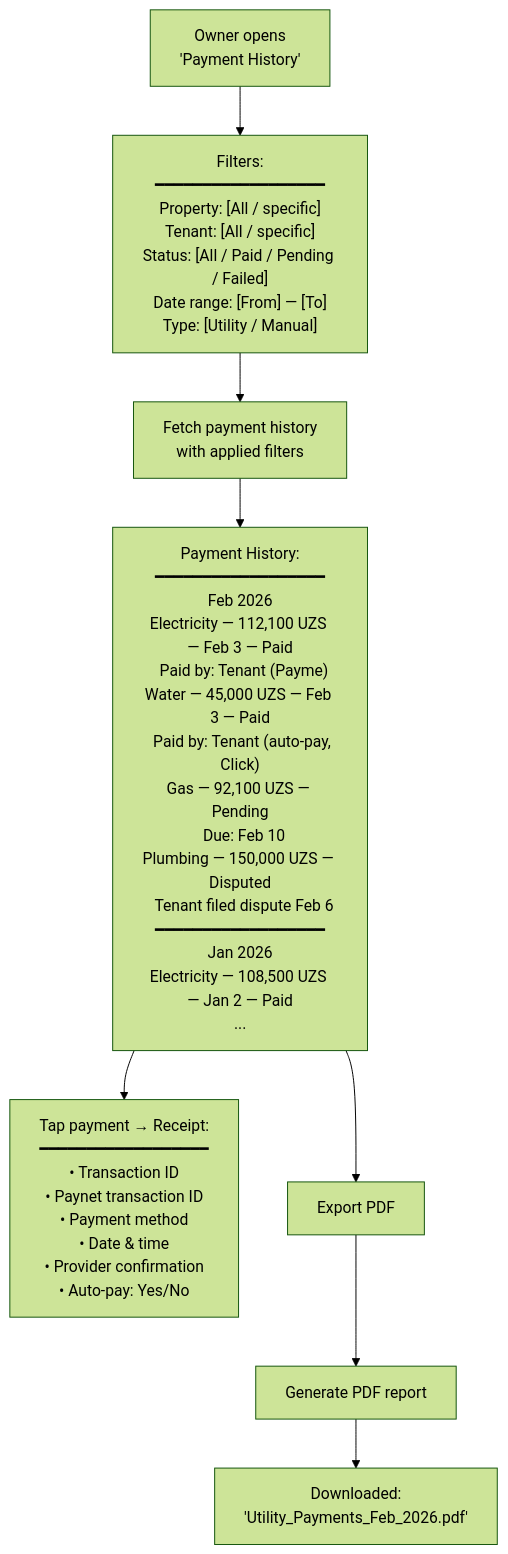
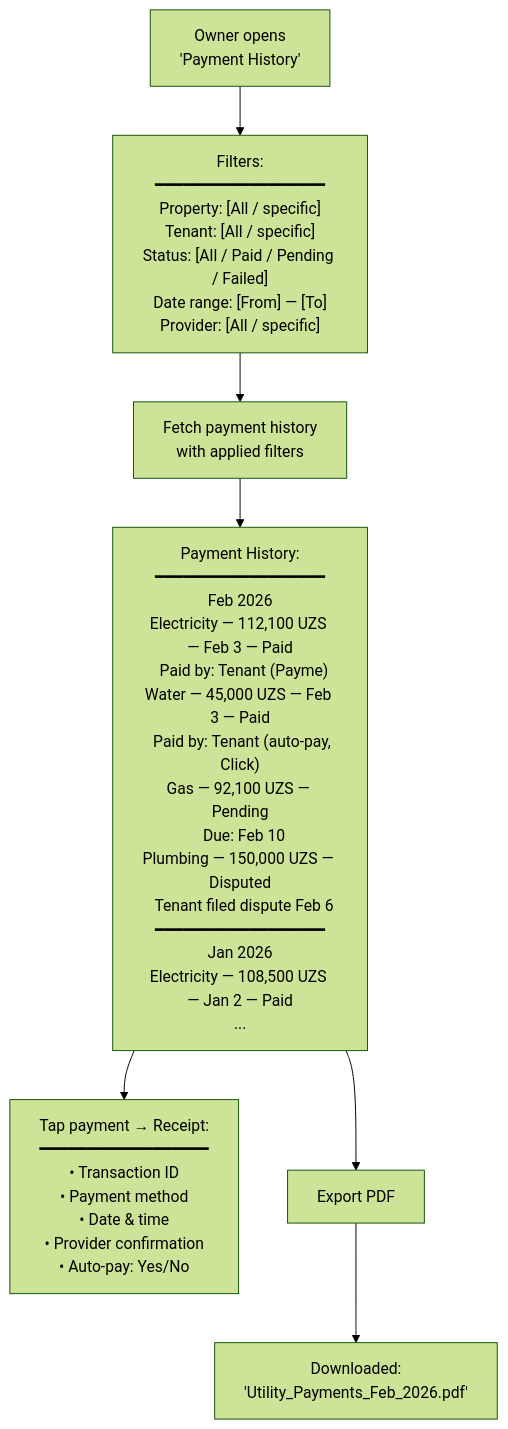
One commit to saodatm-dev/Utilities---Informational-Architecture changed the eighth of 10 diagrams in Utilities - Business Owner.md. Above: the diagram before and after it, drawn with Mermaid (forest theme). The commit also changed other lines of this file and 2 other files, not shown here.

Commit message:
refactor: streamline owner bill payment to single selection and clarify meter reading submission flow.

````diff
--- a/Utilities - Business Owner.md
+++ b/Utilities - Business Owner.md
@@ -254,16 +239,14 @@
 ```mermaid
 flowchart TD
-    PAYMENTS["Owner opens<br/>'Payment History'"] --> FILTER["Filters:<br/>━━━━━━━━━━━━━━━━━━<br/>Property: [All / specific]<br/>Tenant: [All / specific]<br/>Status: [All / Paid / Pending / Failed]<br/>Date range: [From] — [To]<br/>Type: [Utility / Manual]"]
+    PAYMENTS["Owner opens<br/>'Payment History'"] --> FILTER["Filters:<br/>━━━━━━━━━━━━━━━━━━<br/>Property: [All / specific]<br/>Tenant: [All / specific]<br/>Status: [All / Paid / Pending / Failed]<br/>Date range: [From] — [To]<br/>Provider: [All / specific]"]
 
     FILTER --> LOAD["Fetch payment history<br/>with applied filters"]
 
     LOAD --> HISTORY["Payment History:<br/>━━━━━━━━━━━━━━━━━━<br/>Feb 2026<br/>Electricity — 112,100 UZS — Feb 3 — Paid<br/>  Paid by: Tenant (Payme)<br/>Water — 45,000 UZS — Feb 3 — Paid<br/>  Paid by: Tenant (auto-pay, Click)<br/>Gas — 92,100 UZS — Pending<br/>  Due: Feb 10<br/>Plumbing — 150,000 UZS — Disputed<br/>  Tenant filed dispute Feb 6<br/>━━━━━━━━━━━━━━━━━━<br/>Jan 2026<br/>Electricity — 108,500 UZS — Jan 2 — Paid<br/>..."]
 
-    HISTORY --> DETAIL["Tap payment → Receipt:<br/>━━━━━━━━━━━━━━━━━━<br/>• Transaction ID<br/>• Paynet transaction ID<br/>• Payment method<br/>• Date & time<br/>• Provider confirmation<br/>• Auto-pay: Yes/No"]
+    HISTORY --> DETAIL["Tap payment → Receipt:<br/>━━━━━━━━━━━━━━━━━━<br/>• Transaction ID<br/>• Payment method<br/>• Date & time<br/>• Provider confirmation<br/>• Auto-pay: Yes/No"]
 
     HISTORY --> EXPORT_BTN["Export PDF"]
 
-    EXPORT_BTN --> EXPORT["Generate PDF report"]
-
-    EXPORT --> PDF["Downloaded:<br/>'Utility_Payments_Feb_2026.pdf'"]
+    EXPORT_BTN --> PDF["Downloaded:<br/>'Utility_Payments_Feb_2026.pdf'"]
 ```
````
